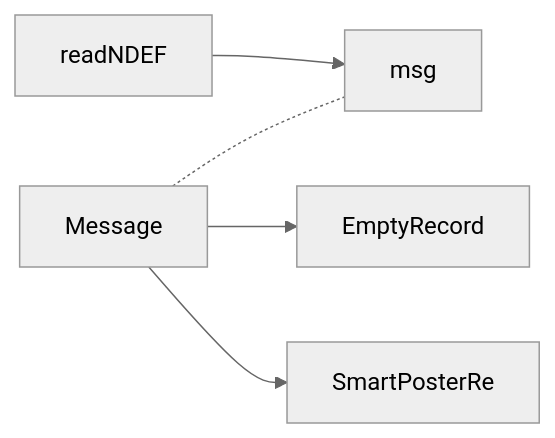
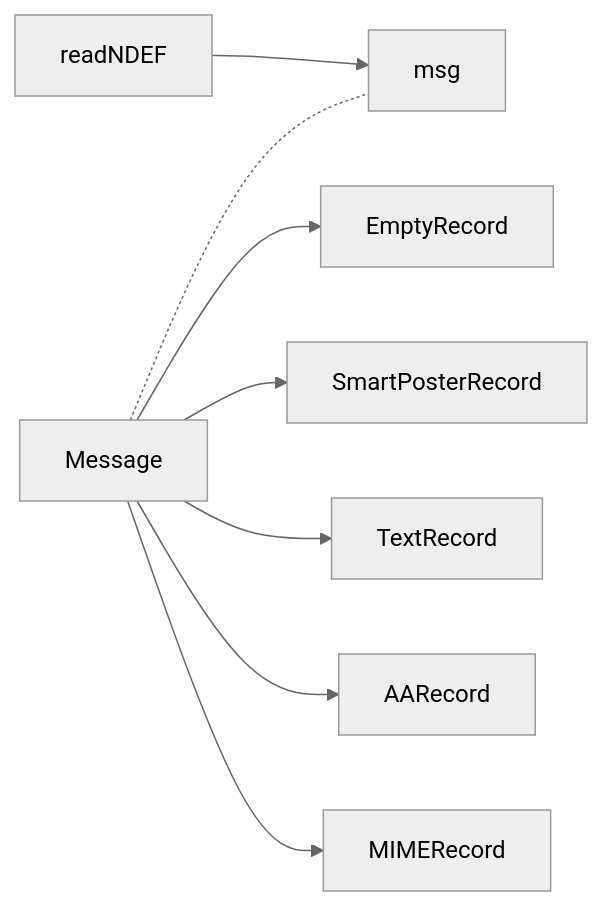
The third of 3 diagrams in nxp/Demo.md (gordianknotC/nxp_note), drawn with Mermaid (neutral theme) before and after one commit. The commit also changed other lines of this file, not shown here.

Commit message:
nxp/Demo.md updated from https://stackedit.io/

````diff
--- a/nxp/Demo.md
+++ b/nxp/Demo.md
@@ -129,9 +129,13 @@
 ```mermaid
 graph LR
 msg
 
 readNDEF --> msg
 Message -.- msg
 Message --> EmptyRecord
-Message --> SmartPosterRe
+Message --> SmartPosterRecord
+Message --> TextRecord
+Message --> AARecord
+Message --> MIMERecord
+
 ```
````
